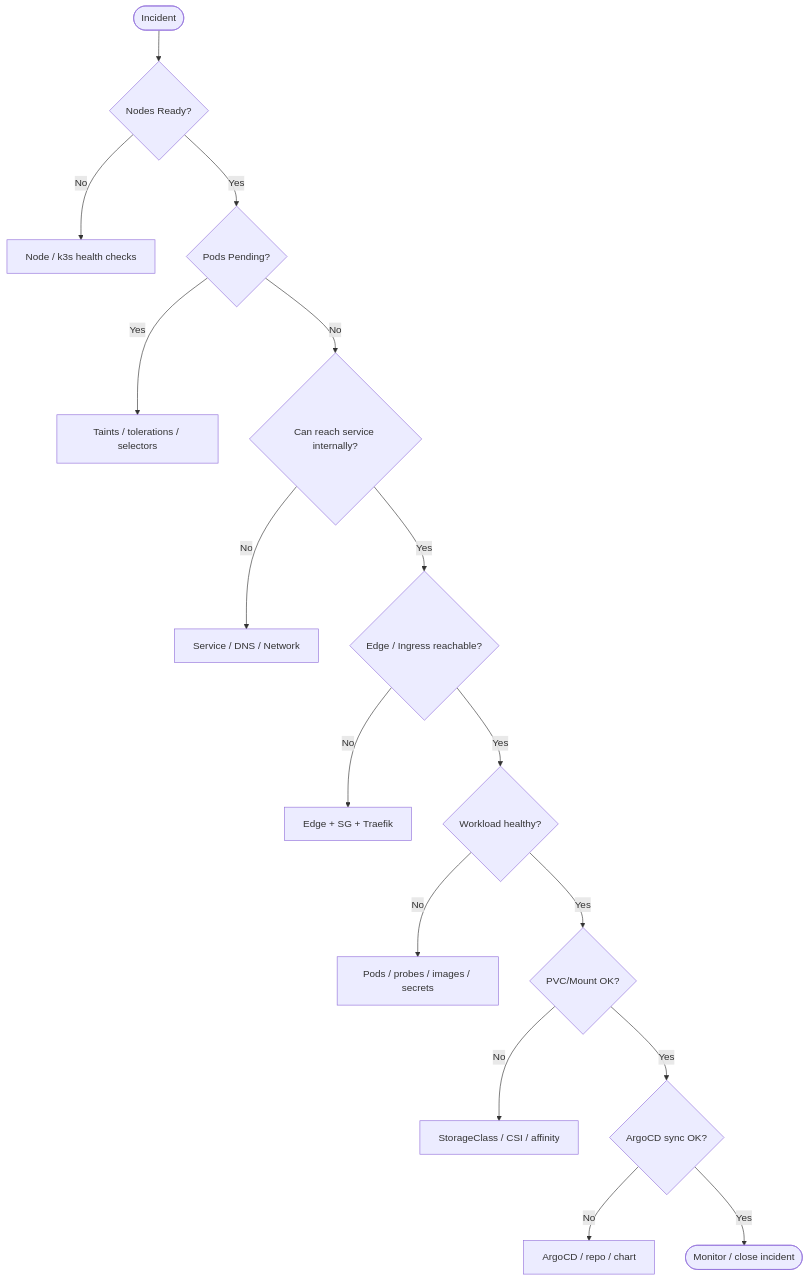
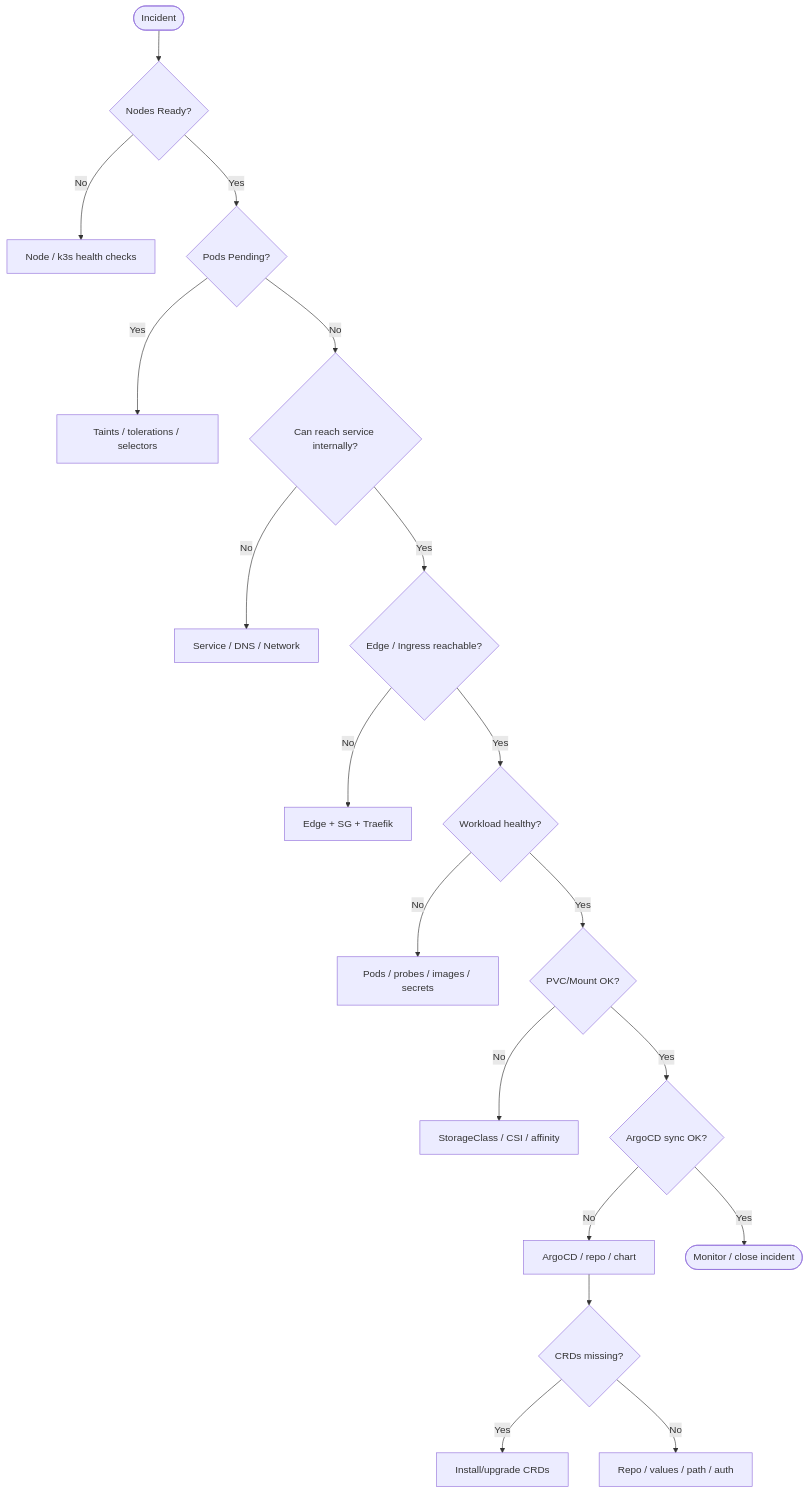
The diagram in docs/runbooks/troubleshooting/troubleshooting-guide.md (ClementV78/CloudRadar), drawn with Mermaid before and after one commit. The commit also changed other lines of this file and 3 other files, not shown here.

First line of the commit message:
feat(obs): upgrade prometheus stack + CRDs

````diff
--- a/docs/runbooks/troubleshooting/troubleshooting-guide.md
+++ b/docs/runbooks/troubleshooting/troubleshooting-guide.md
@@ -25,18 +25,21 @@
 ```mermaid
 flowchart TB
   start([Incident]) --> nodes{Nodes Ready?}
   nodes -->|No| nodefix[Node / k3s health checks]
   nodes -->|Yes| sched{Pods Pending?}
   sched -->|Yes| schedfix[Taints / tolerations / selectors]
   sched -->|No| net{Can reach service internally?}
   net -->|No| netfix[Service / DNS / Network]
   net -->|Yes| edge{Edge / Ingress reachable?}
   edge -->|No| edgefix[Edge + SG + Traefik]
   edge -->|Yes| app{Workload healthy?}
   app -->|No| appfix[Pods / probes / images / secrets]
   app -->|Yes| storage{PVC/Mount OK?}
   storage -->|No| storagefix[StorageClass / CSI / affinity]
   storage -->|Yes| argocd{ArgoCD sync OK?}
   argocd -->|No| gitopsfix[ArgoCD / repo / chart]
+  gitopsfix --> crds{CRDs missing?}
+  crds -->|Yes| crdsfix[Install/upgrade CRDs]
+  crds -->|No| gitopsfix2[Repo / values / path / auth]
   argocd -->|Yes| done([Monitor / close incident])
 ```
````
